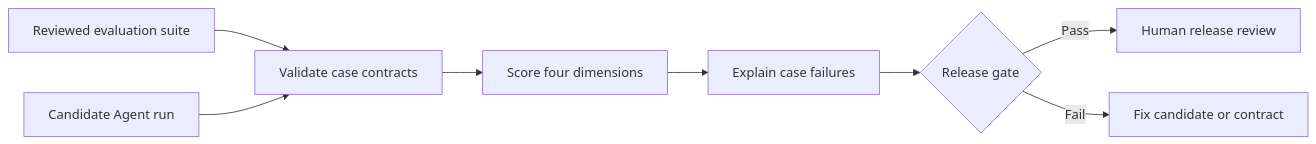
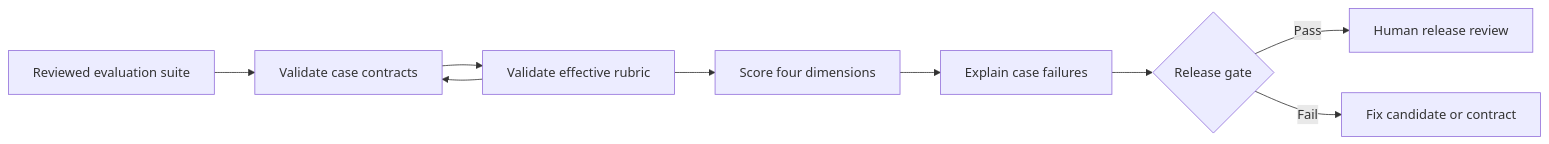
Before and after one commit to magicyao2028-pixel/ai-product-agent-evaluation-lab: the diagram in README.md, drawn with Mermaid. The commit also changed other lines of this file and 21 other files, not shown here.

````diff
--- a/README.md
+++ b/README.md
@@ -40,10 +42,11 @@
 ```mermaid
 flowchart LR
     S[Reviewed evaluation suite] --> V[Validate case contracts]
     R[Candidate Agent run] --> V
-    V --> E[Score four dimensions]
+    V --> R[Validate effective rubric]
+    R --> E[Score four dimensions]
     E --> F[Explain case failures]
     F --> G{Release gate}
     G -->|Pass| H[Human release review]
     G -->|Fail| X[Fix candidate or contract]
 ```
````
